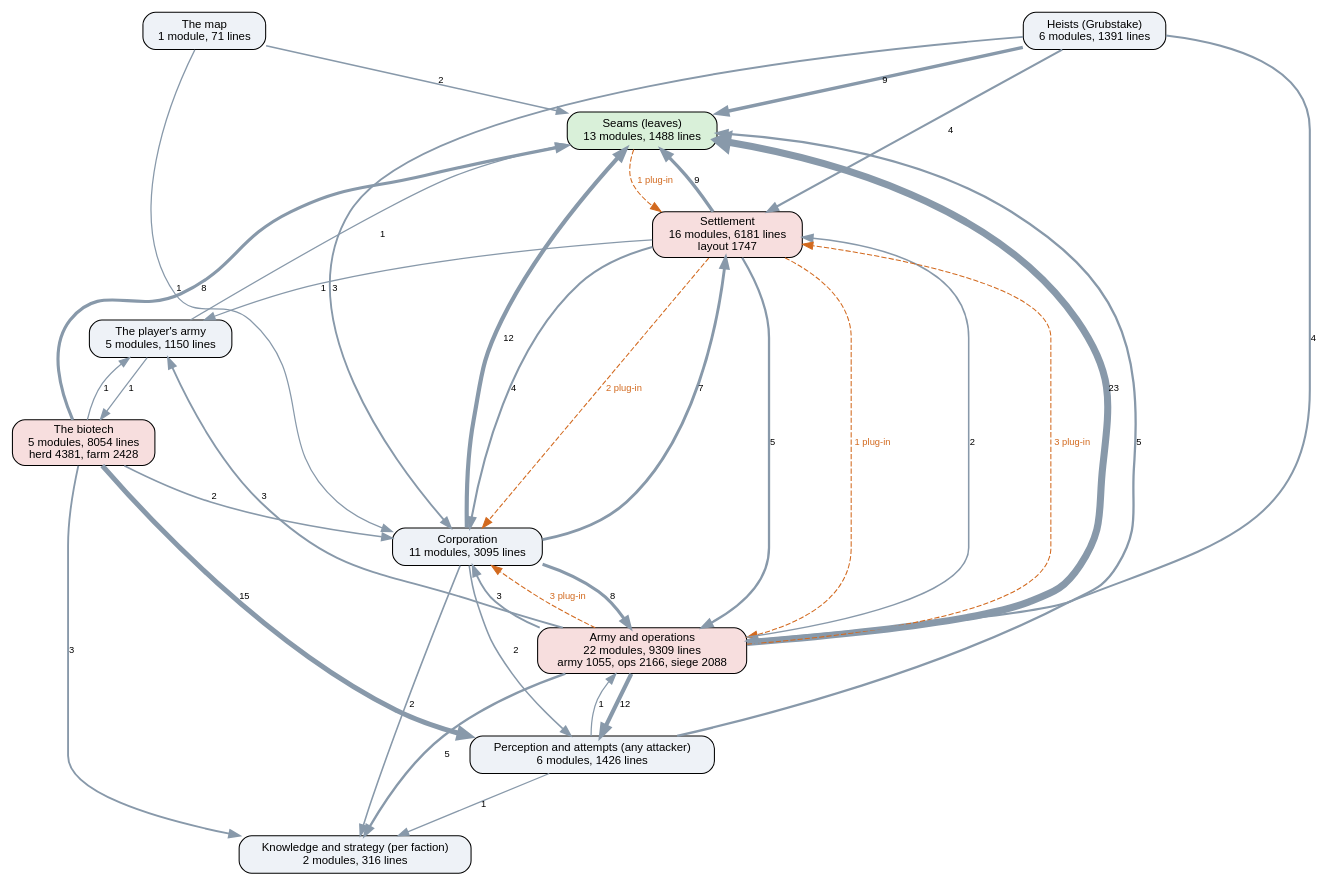
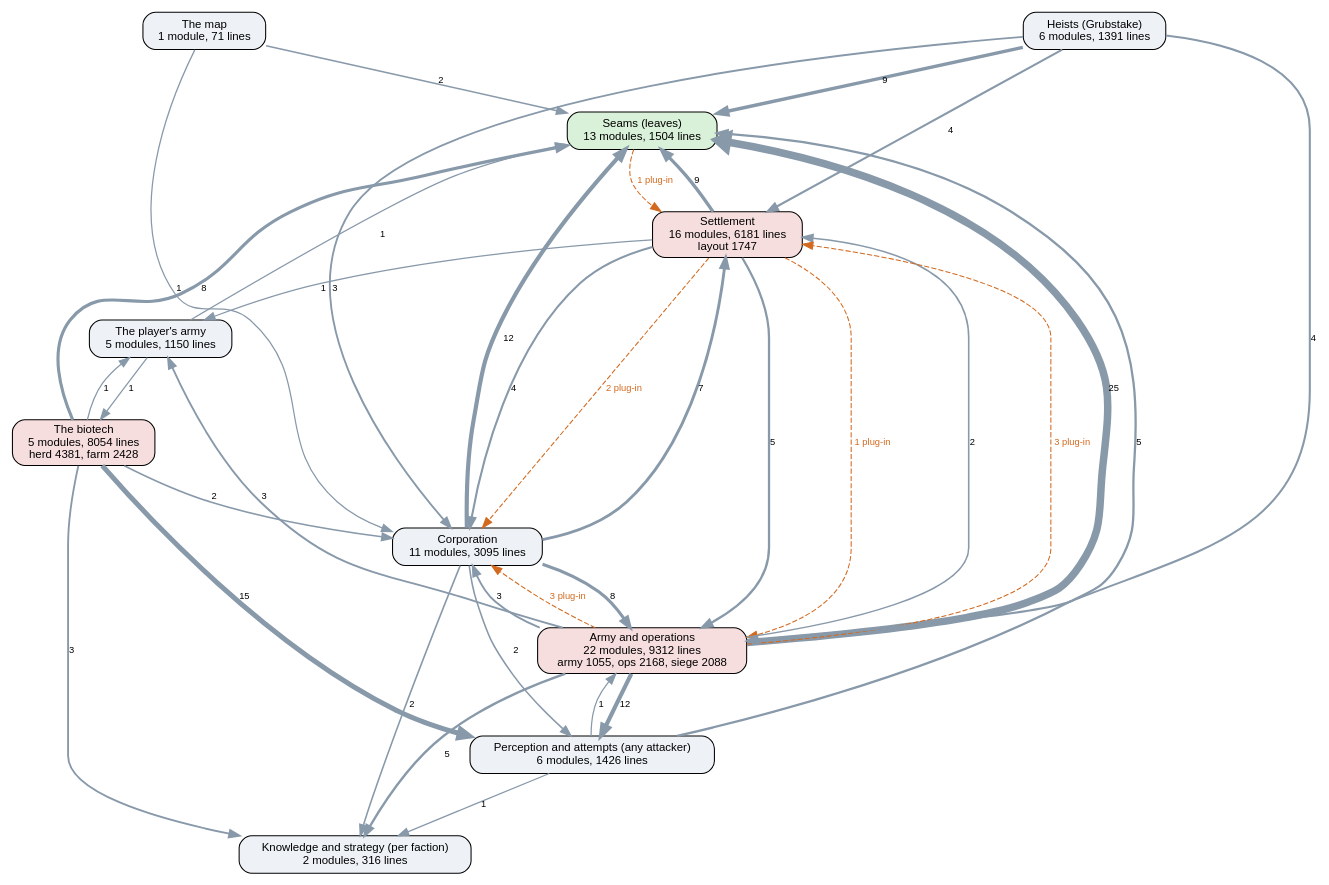
The diagram in docs/ai-layers.dot (kinelhu/landing-party), drawn with Graphviz before and after one commit. The commit also changed 12 other files, not shown here.

```diff
--- a/docs/ai-layers.dot
+++ b/docs/ai-layers.dot
@@ -1,51 +1,51 @@
 digraph layers {
   graph [rankdir=TB, fontname="Helvetica", nodesep=0.5, ranksep=0.7];
   node [shape=box, style="rounded,filled", fontname="Helvetica", fontsize=11, fillcolor="#eef2f7"];
   edge [color="#8899aa", fontname="Helvetica", fontsize=9];
-  "Seams (leaves)" [label="Seams (leaves)\n13 modules, 1488 lines", fillcolor="#d9f0d9"];
+  "Seams (leaves)" [label="Seams (leaves)\n13 modules, 1504 lines", fillcolor="#d9f0d9"];
   "Perception and attempts (any attacker)" [label="Perception and attempts (any attacker)\n6 modules, 1426 lines", fillcolor="#eef2f7"];
   "Knowledge and strategy (per faction)" [label="Knowledge and strategy (per faction)\n2 modules, 316 lines", fillcolor="#eef2f7"];
   "Corporation" [label="Corporation\n11 modules, 3095 lines", fillcolor="#eef2f7"];
   "Settlement" [label="Settlement\n16 modules, 6181 lines\nlayout 1747", fillcolor="#f7dede"];
-  "Army and operations" [label="Army and operations\n22 modules, 9309 lines\narmy 1055, ops 2166, siege 2088", fillcolor="#f7dede"];
+  "Army and operations" [label="Army and operations\n22 modules, 9312 lines\narmy 1055, ops 2168, siege 2088", fillcolor="#f7dede"];
   "Heists (Grubstake)" [label="Heists (Grubstake)\n6 modules, 1391 lines", fillcolor="#eef2f7"];
   "The biotech" [label="The biotech\n5 modules, 8054 lines\nherd 4381, farm 2428", fillcolor="#f7dede"];
   "The map" [label="The map\n1 module, 71 lines", fillcolor="#eef2f7"];
   "The player's army" [label="The player's army\n5 modules, 1150 lines", fillcolor="#eef2f7"];
   "Army and operations" -> "Corporation" [label="3", penwidth=1.8];
   "Army and operations" -> "Knowledge and strategy (per faction)" [label="5", penwidth=2.2];
   "Army and operations" -> "Perception and attempts (any attacker)" [label="12", penwidth=4.0];
-  "Army and operations" -> "Seams (leaves)" [label="23", penwidth=6.8];
+  "Army and operations" -> "Seams (leaves)" [label="25", penwidth=7.2];
   "Army and operations" -> "Settlement" [label="2", penwidth=1.5];
   "Army and operations" -> "The player's army" [label="3", penwidth=1.8];
   "Corporation" -> "Army and operations" [label="8", penwidth=3.0];
   "Corporation" -> "Knowledge and strategy (per faction)" [label="2", penwidth=1.5];
   "Corporation" -> "Perception and attempts (any attacker)" [label="2", penwidth=1.5];
   "Corporation" -> "Seams (leaves)" [label="12", penwidth=4.0];
   "Corporation" -> "Settlement" [label="7", penwidth=2.8];
   "Heists (Grubstake)" -> "Army and operations" [label="4", penwidth=2.0];
   "Heists (Grubstake)" -> "Corporation" [label="3", penwidth=1.8];
   "Heists (Grubstake)" -> "Seams (leaves)" [label="9", penwidth=3.2];
   "Heists (Grubstake)" -> "Settlement" [label="4", penwidth=2.0];
   "Perception and attempts (any attacker)" -> "Army and operations" [label="1", penwidth=1.2];
   "Perception and attempts (any attacker)" -> "Knowledge and strategy (per faction)" [label="1", penwidth=1.2];
   "Perception and attempts (any attacker)" -> "Seams (leaves)" [label="5", penwidth=2.2];
   "Settlement" -> "Army and operations" [label="5", penwidth=2.2];
   "Settlement" -> "Corporation" [label="4", penwidth=2.0];
   "Settlement" -> "Seams (leaves)" [label="9", penwidth=3.2];
   "Settlement" -> "The player's army" [label="1", penwidth=1.2];
   "The biotech" -> "Corporation" [label="2", penwidth=1.5];
   "The biotech" -> "Knowledge and strategy (per faction)" [label="3", penwidth=1.8];
   "The biotech" -> "Perception and attempts (any attacker)" [label="15", penwidth=4.8];
   "The biotech" -> "Seams (leaves)" [label="8", penwidth=3.0];
   "The biotech" -> "The player's army" [label="1", penwidth=1.2];
   "The map" -> "Corporation" [label="1", penwidth=1.2];
   "The map" -> "Seams (leaves)" [label="2", penwidth=1.5];
   "The player's army" -> "Seams (leaves)" [label="1", penwidth=1.2];
   "The player's army" -> "The biotech" [label="1", penwidth=1.2];
   "Army and operations" -> "Corporation" [style=dashed, color="#d2691e", fontcolor="#d2691e", label="3 plug-in"];
   "Army and operations" -> "Settlement" [style=dashed, color="#d2691e", fontcolor="#d2691e", label="3 plug-in"];
   "Seams (leaves)" -> "Settlement" [style=dashed, color="#d2691e", fontcolor="#d2691e", label="1 plug-in"];
   "Settlement" -> "Army and operations" [style=dashed, color="#d2691e", fontcolor="#d2691e", label="1 plug-in"];
   "Settlement" -> "Corporation" [style=dashed, color="#d2691e", fontcolor="#d2691e", label="2 plug-in"];
 }
```
